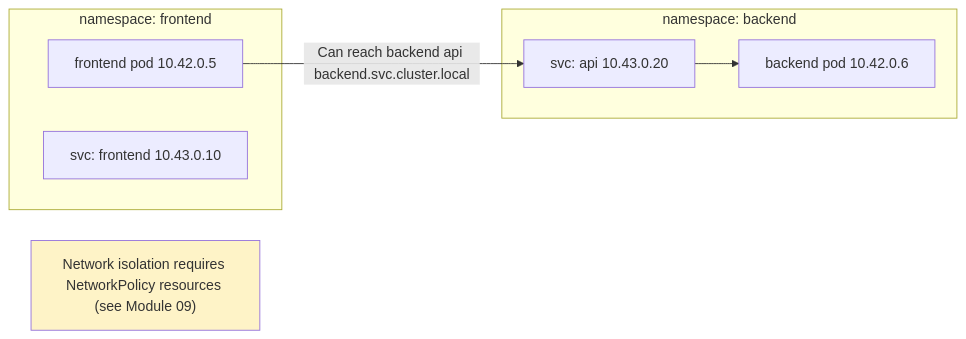
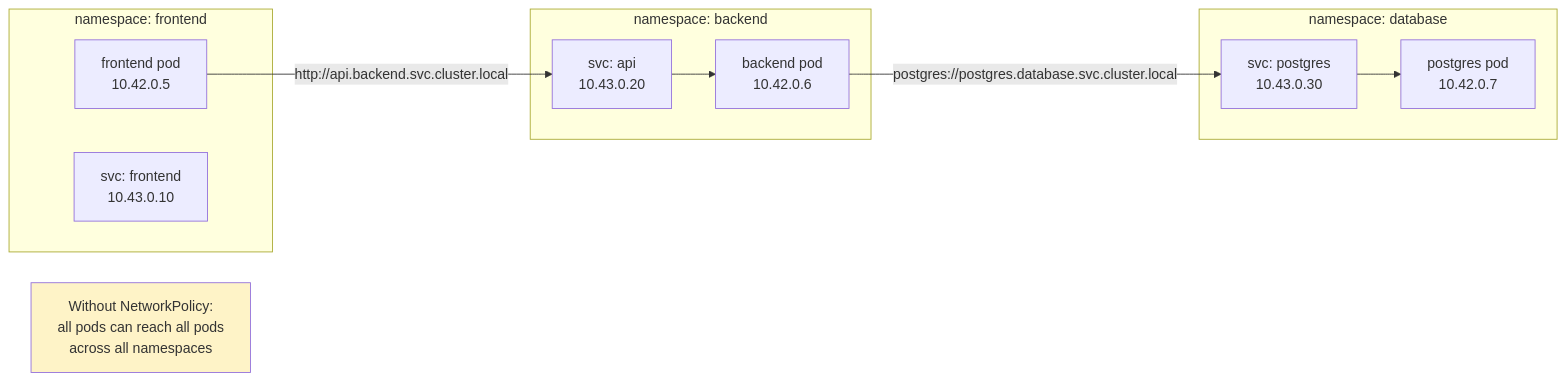
The third of 5 diagrams in 03_first_steps/02_namespaces.md (UncleJS/course_k3s), drawn with Mermaid before and after one commit. The commit also changed other lines of this file and 45 other files, not shown here.

First line of the commit message:
Expand all course lessons: Mermaid diagrams + rich prose across 43 files

````diff
--- a/03_first_steps/02_namespaces.md
+++ b/03_first_steps/02_namespaces.md
@@ -171,17 +347,23 @@
 ```mermaid
 flowchart LR
     subgraph "namespace: frontend"
-        F_POD[frontend pod 10.42.0.5]
-        F_SVC[svc: frontend 10.43.0.10]
+        F_POD["frontend pod<br/>10.42.0.5"]
+        F_SVC["svc: frontend<br/>10.43.0.10"]
     end
     subgraph "namespace: backend"
-        B_POD[backend pod 10.42.0.6]
-        B_SVC[svc: api 10.43.0.20]
+        B_POD["backend pod<br/>10.42.0.6"]
+        B_SVC["svc: api<br/>10.43.0.20"]
+    end
+    subgraph "namespace: database"
+        DB_POD["postgres pod<br/>10.42.0.7"]
+        DB_SVC["svc: postgres<br/>10.43.0.30"]
     end
 
-    F_POD -->|"Can reach backend api backend.svc.cluster.local"| B_SVC
+    F_POD -->|"http://api.backend.svc.cluster.local"| B_SVC
     B_SVC --> B_POD
+    B_POD -->|"postgres://postgres.database.svc.cluster.local"| DB_SVC
+    DB_SVC --> DB_POD
 
-    note["Network isolation requires NetworkPolicy resources (see Module 09)"]
-    style note fill:#fef3c7
+    NOTE["Without NetworkPolicy:<br/>all pods can reach all pods<br/>across all namespaces"]
+    style NOTE fill:#fef3c7
 ```
````
